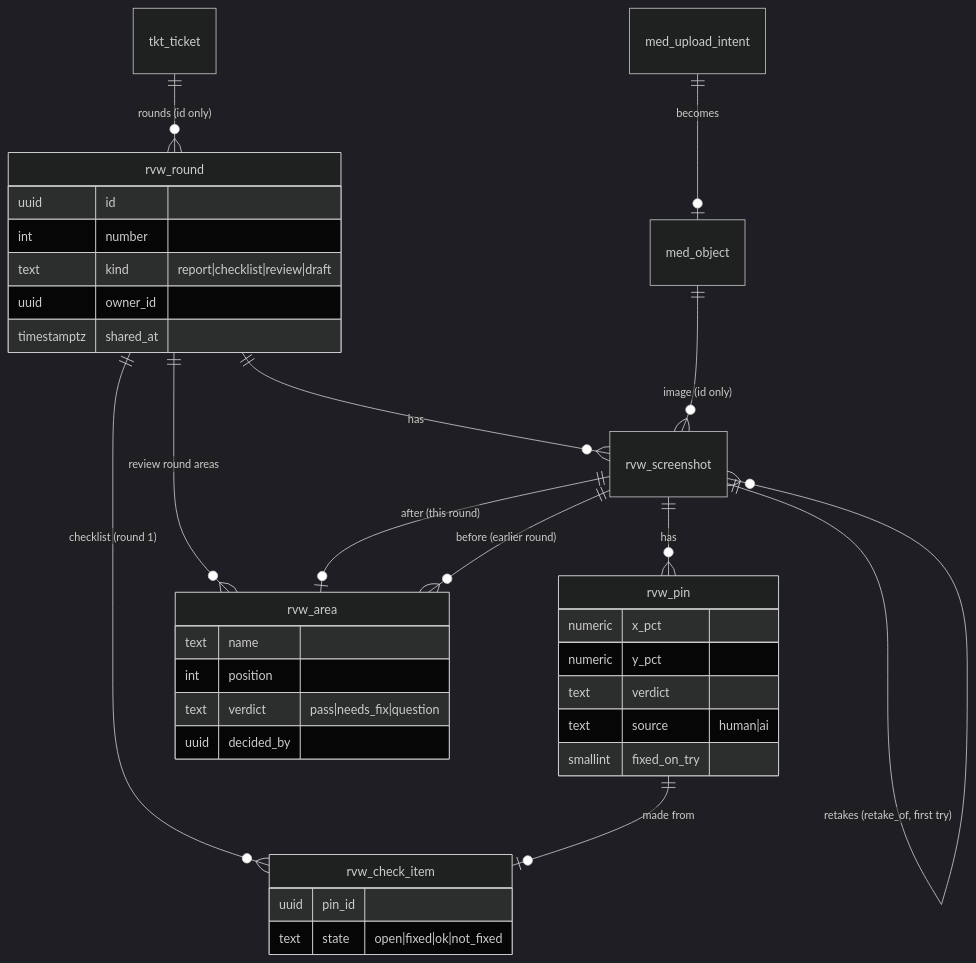
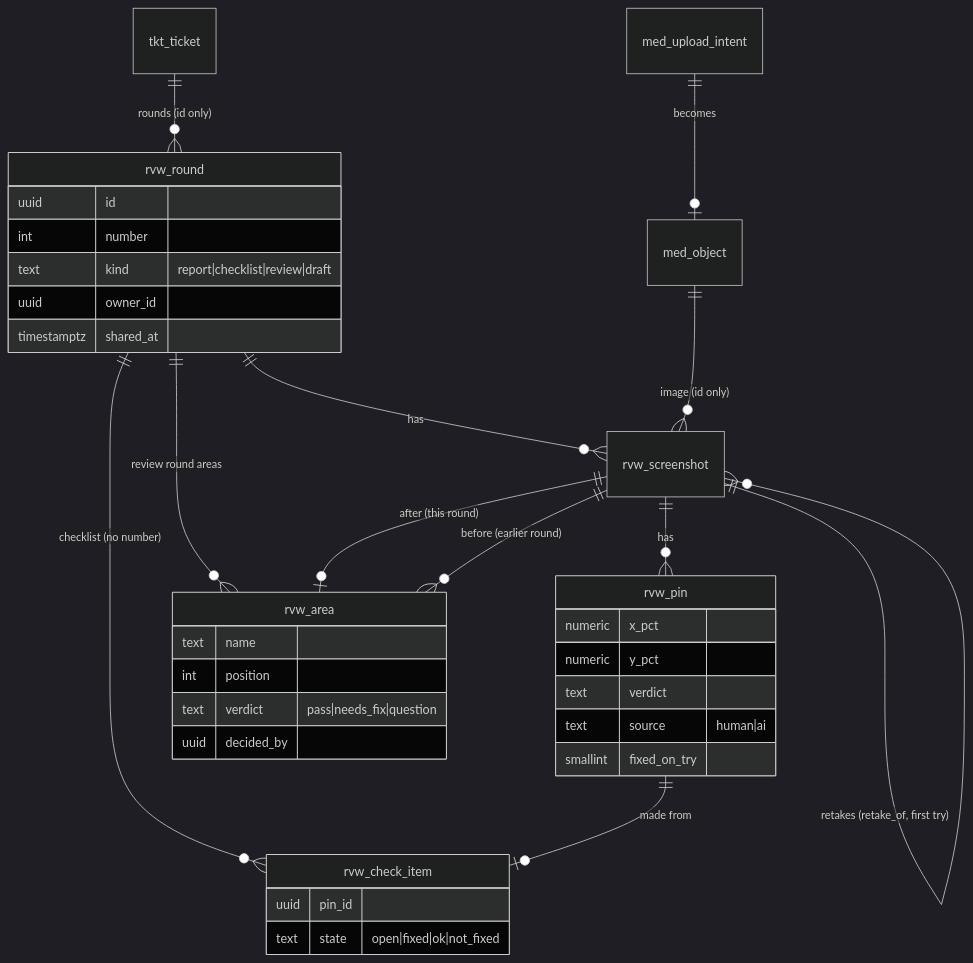
The third of 4 diagrams in docs/02-architecture/data-model.md (Mir-Zairan/pinround-symfony), drawn with Mermaid (dark theme) before and after one commit. The commit also changed 11 other files, not shown here.

````diff
--- a/docs/02-architecture/data-model.md
+++ b/docs/02-architecture/data-model.md
@@ -113,38 +113,38 @@
 ```mermaid
 erDiagram
   tkt_ticket ||--o{ rvw_round : "rounds (id only)"
   rvw_round ||--o{ rvw_screenshot : has
   rvw_screenshot ||--o{ rvw_pin : has
   rvw_screenshot ||--o{ rvw_screenshot : "retakes (retake_of, first try)"
-  rvw_round ||--o{ rvw_check_item : "checklist (round 1)"
+  rvw_round ||--o{ rvw_check_item : "checklist (no number)"
   rvw_pin ||--o| rvw_check_item : "made from"
   rvw_round ||--o{ rvw_area : "review round areas"
   rvw_screenshot ||--o| rvw_area : "after (this round)"
   rvw_screenshot ||--o{ rvw_area : "before (earlier round)"
   med_object ||--o{ rvw_screenshot : "image (id only)"
   med_upload_intent ||--o| med_object : becomes
   rvw_round {
     uuid id
     int number
     text kind "report|checklist|review|draft"
     uuid owner_id
     timestamptz shared_at
   }
   rvw_pin {
     numeric x_pct
     numeric y_pct
     text verdict
     text source "human|ai"
     smallint fixed_on_try
   }
   rvw_area {
     text name
     int position
     text verdict "pass|needs_fix|question"
     uuid decided_by
   }
   rvw_check_item {
     uuid pin_id
     text state "open|fixed|ok|not_fixed"
   }
 ```
````
